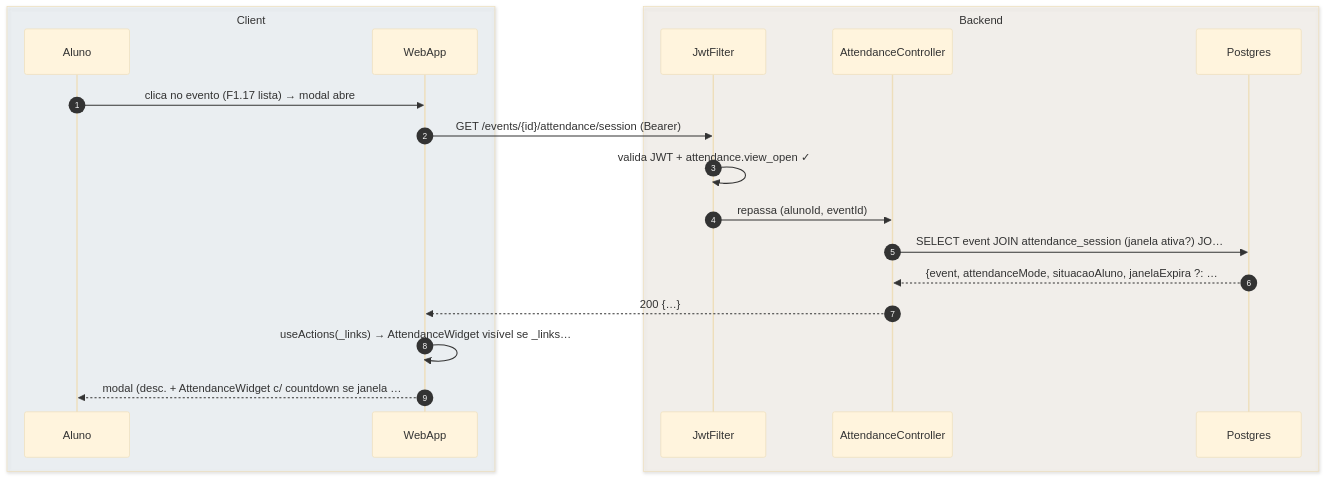
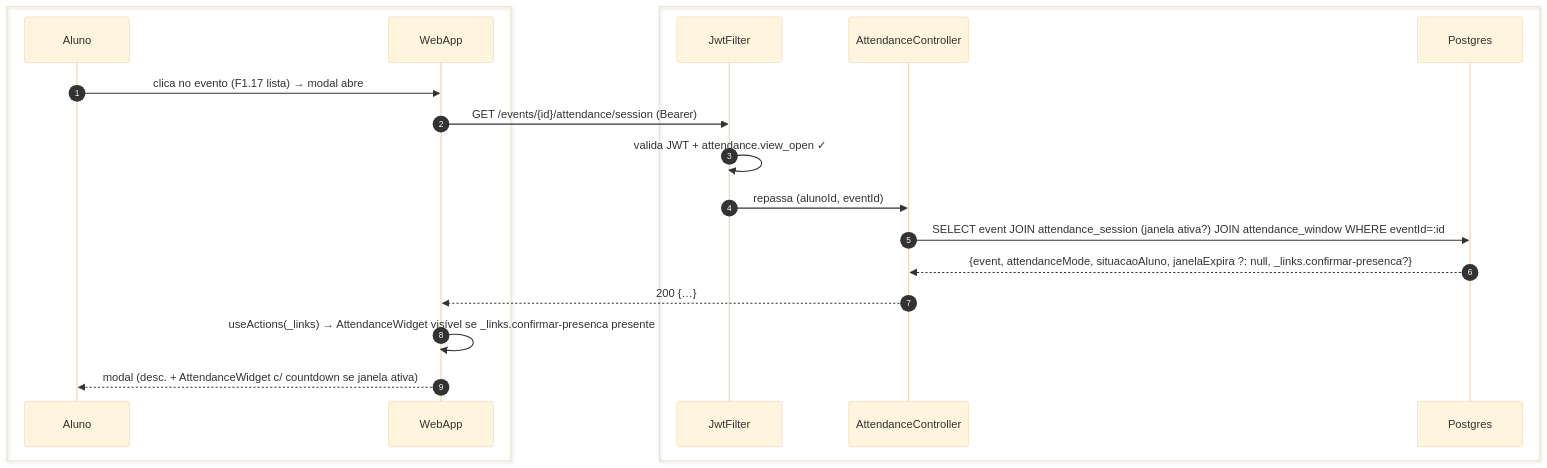
The second of 5 diagrams in foundationDocs/sequenceDiagrams/F1 — Aluno/US-F1-009-PRESENCA.md (umishell/secretariaOnline2), drawn with Mermaid (base theme) before and after one commit. The commit also changed other lines of this file and 70 other files, not shown here.

First line of the commit message:
Enhance database documentation and introduce new schema files

````diff
--- a/foundationDocs/sequenceDiagrams/F1 — Aluno/US-F1-009-PRESENCA.md
+++ b/foundationDocs/sequenceDiagrams/F1 — Aluno/US-F1-009-PRESENCA.md
@@ -92,23 +92,23 @@
 ```mermaid
 sequenceDiagram
     autonumber
-    box rgba(230,245,255,0.3) Client
+    box #e8f4fc Cliente
         participant Aluno
         participant WebApp
     end
-    box rgba(255,245,230,0.3) Backend
+    box #fff8ee Servidor
         participant JwtFilter
         participant AttendanceController
         participant Postgres
     end
 
     Aluno->>WebApp: clica no evento (F1.17 lista) → modal abre
     WebApp->>JwtFilter: GET /events/{id}/attendance/session (Bearer)
     JwtFilter->>JwtFilter: valida JWT + attendance.view_open ✓
     JwtFilter->>AttendanceController: repassa (alunoId, eventId)
-    AttendanceController->>Postgres: SELECT event JOIN attendance_session (janela ativa?) JO…
-    Postgres-->>AttendanceController: {event, attendanceMode, situacaoAluno, janelaExpira ?: …
+    AttendanceController->>Postgres: SELECT event JOIN attendance_session (janela ativa?) JOIN attendance_window WHERE eventId=:id
+    Postgres-->>AttendanceController: {event, attendanceMode, situacaoAluno, janelaExpira ?: null, _links.confirmar-presenca?}
     AttendanceController-->>WebApp: 200 {…}
-    WebApp->>WebApp: useActions(_links) → AttendanceWidget visível se _links…
-    WebApp-->>Aluno: modal (desc. + AttendanceWidget c/ countdown se janela …
+    WebApp->>WebApp: useActions(_links) → AttendanceWidget visível se _links.confirmar-presenca presente
+    WebApp-->>Aluno: modal (desc. + AttendanceWidget c/ countdown se janela ativa)
 ```
````
